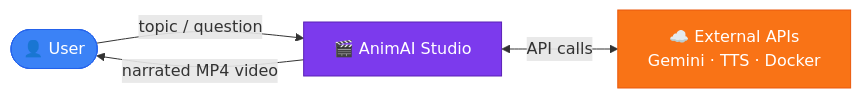
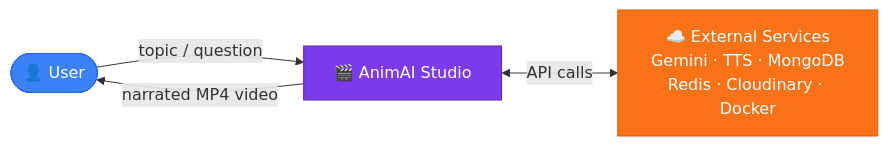
One commit to Manish-Sharma26/AnimAi changed the seventh of 11 diagrams in PROJECT_REPORT.md. Above: the diagram before and after it, drawn with Mermaid. The commit also changed other lines of this file and 17 other files, not shown here.

````diff
--- a/PROJECT_REPORT.md
+++ b/PROJECT_REPORT.md
@@ -813,14 +973,14 @@
 ```mermaid
 flowchart LR
     USER(["👤 User"])
     SYS["🎬 AnimAI Studio"]
-    EXT["☁️ External APIs<br/>Gemini · TTS · Docker"]
+    EXT["☁️ External Services<br/>Gemini · TTS · MongoDB<br/>Redis · Cloudinary · Docker"]
 
     USER -->|topic / question| SYS
     SYS -->|narrated MP4 video| USER
     SYS <-->|API calls| EXT
 
     style USER fill:#3b82f6,color:#fff,stroke:#2563eb
     style SYS fill:#7c3aed,color:#fff,stroke:#5b21b6
     style EXT fill:#f97316,color:#fff,stroke:#ea580c
 ```
````
